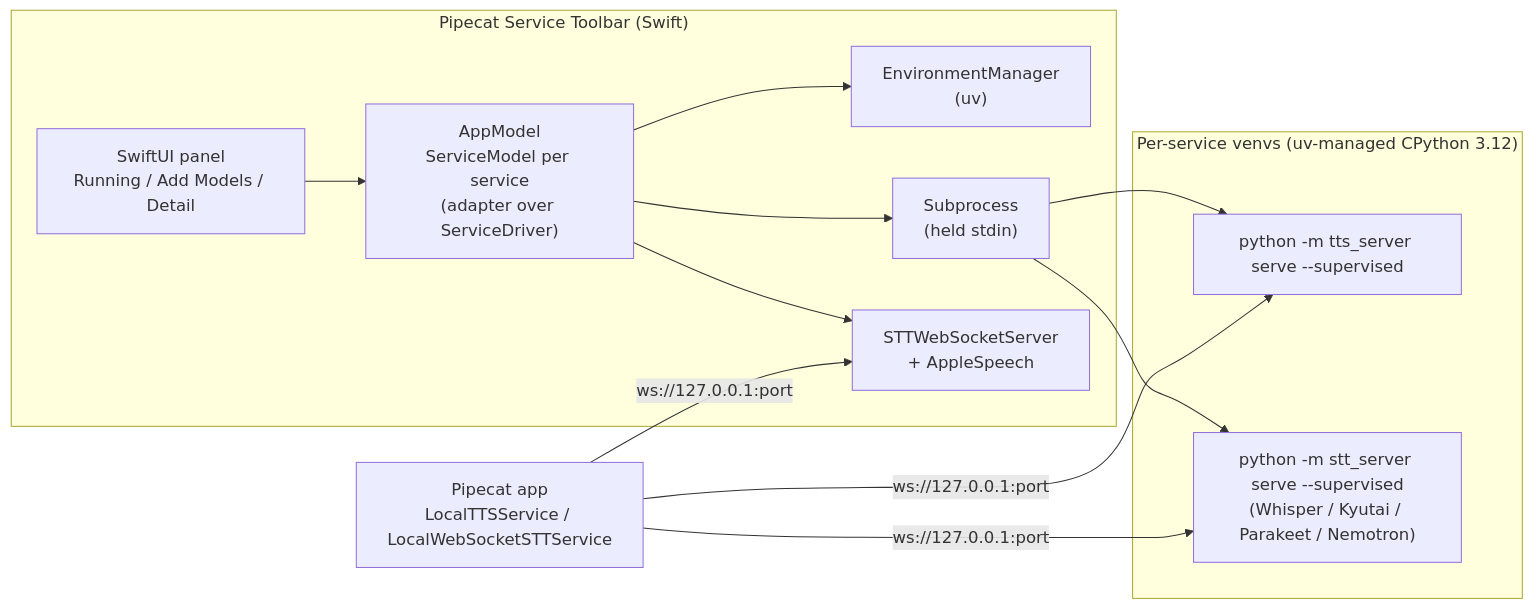
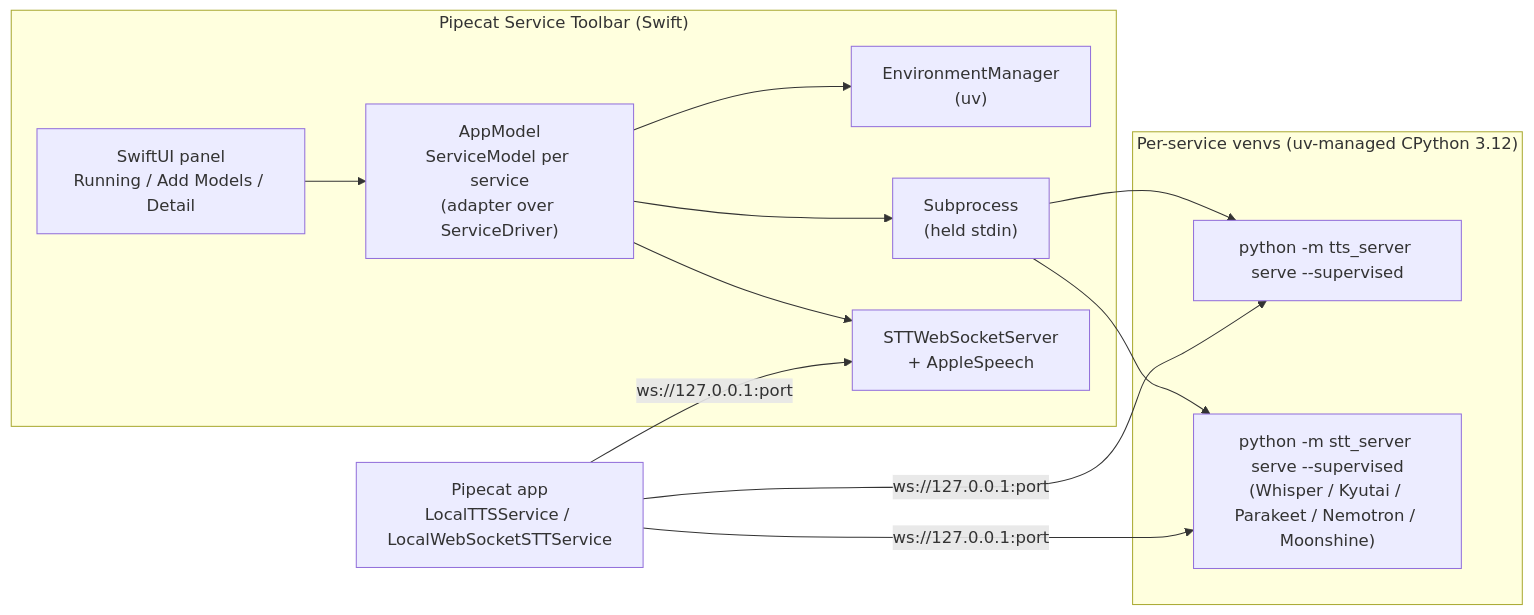
Before and after one commit to pipecat-ai/pipecat-service-toolbar: the first of 3 diagrams in docs/architecture.md, drawn with Mermaid. The commit also changed 3 other files, not shown here.

````diff
--- a/docs/architecture.md
+++ b/docs/architecture.md
@@ -9,20 +9,20 @@
 ```mermaid
 flowchart LR
     subgraph App["Pipecat Service Toolbar (Swift)"]
         UI["SwiftUI panel<br/>Running / Add Models / Detail"]
         AM["AppModel<br/>ServiceModel per service<br/>(adapter over ServiceDriver)"]
         EM["EnvironmentManager<br/>(uv)"]
         SUP["Subprocess<br/>(held stdin)"]
         AS["STTWebSocketServer<br/>+ AppleSpeech"]
     end
     subgraph Py["Per-service venvs (uv-managed CPython 3.12)"]
         TTS["python -m tts_server serve --supervised"]
-        STT["python -m stt_server serve --supervised<br/>(Whisper / Kyutai / Parakeet / Nemotron)"]
+        STT["python -m stt_server serve --supervised<br/>(Whisper / Kyutai / Parakeet / Nemotron / Moonshine)"]
     end
     BOT["Pipecat app<br/>LocalTTSService / LocalWebSocketSTTService"]
 
     UI --> AM --> EM
     AM --> SUP --> TTS & STT
     AM --> AS
     BOT -- "ws://127.0.0.1:port" --> TTS & STT & AS
 ```
````
